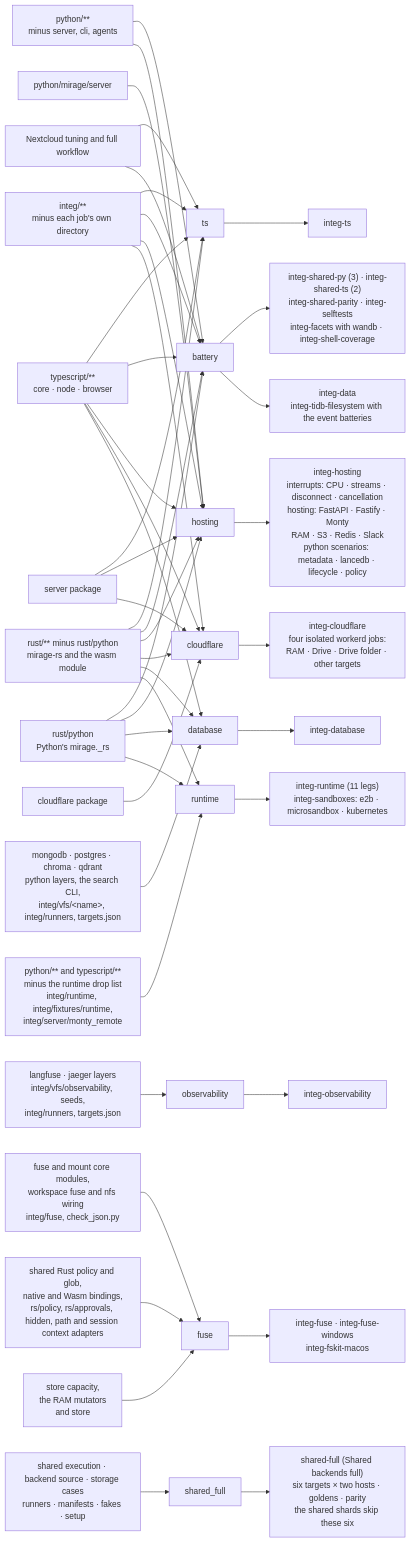
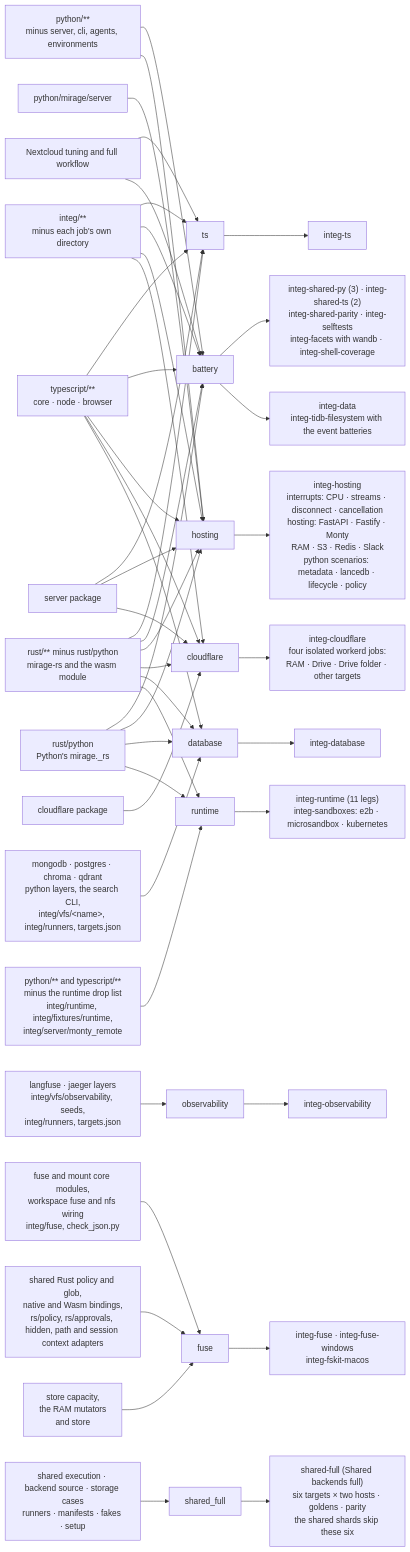
Before and after one commit to strukto-ai/mirage: the diagram in integ/README.md, drawn with Mermaid. The commit also changed other lines of this file and 22 other files, not shown here.

````diff
--- a/integ/README.md
+++ b/integ/README.md
@@ -442,28 +442,28 @@
 ```mermaid
 flowchart LR
-    PY["python/**<br/>minus server, cli, agents"] --> battery & hosting
+    PY["python/**<br/>minus server, cli, agents, environments"] --> battery & hosting
     SRV["python/mirage/server"] --> hosting
     TSX["typescript/**<br/>core · node · browser"] --> ts & battery & hosting & cloudflare & database
     SRVTS["server package"] --> ts & hosting & cloudflare
     CFP["cloudflare package"] --> cloudflare
     IN["integ/**<br/>minus each job's own directory"] --> ts & battery & hosting & cloudflare
     RS["rust/** minus rust/python<br/>mirage-rs and the wasm module"] --> ts & battery & hosting & cloudflare & database & runtime
     RSP["rust/python<br/>Python's mirage._rs"] --> battery & hosting & database & runtime
     DB["mongodb · postgres · chroma · qdrant<br/>python layers, the search CLI,<br/>integ/vfs/&lt;name&gt;, integ/runners, targets.json"] --> database
     OB["langfuse · jaeger layers<br/>integ/vfs/observability, seeds,<br/>integ/runners, targets.json"] --> observability
     FS["fuse and mount core modules,<br/>workspace fuse and nfs wiring<br/>integ/fuse, check_json.py"] --> fuse
     FP["shared Rust policy and glob,<br/>native and Wasm bindings,<br/>rs/policy, rs/approvals, hidden, path and session context adapters"] --> fuse
     CA["store capacity,<br/>the RAM mutators<br/>and store"] --> fuse
     RT["python/** and typescript/**<br/>minus the runtime drop list<br/>integ/runtime, integ/fixtures/runtime,<br/>integ/server/monty_remote"] --> runtime
     ts --> J2["integ-ts"]
     battery --> J3["integ-shared-py (3) · integ-shared-ts (2)<br/>integ-shared-parity · integ-selftests<br/>integ-facets with wandb · integ-shell-coverage"]
     hosting --> HOST["integ-hosting<br/>interrupts: CPU · streams · disconnect · cancellation<br/>hosting: FastAPI · Fastify · Monty<br/>RAM · S3 · Redis · Slack<br/>python scenarios: metadata · lancedb · lifecycle · policy"]
     cloudflare --> CLOUDFLARE["integ-cloudflare<br/>four isolated workerd jobs:<br/>RAM · Drive · Drive folder · other targets"]
     NC["Nextcloud tuning and full workflow"] --> ts & battery
     SF["shared execution · backend source · storage cases<br/>runners · manifests · fakes · setup"] --> shared_full --> FULL["shared-full (Shared backends full)<br/>six targets × two hosts · goldens · parity<br/>the shared shards skip these six"]
     battery --> J4["integ-data<br/>integ-tidb-filesystem with the event batteries"]
     database --> J5["integ-database"]
     observability --> J6["integ-observability"]
     fuse --> J7["integ-fuse · integ-fuse-windows<br/>integ-fskit-macos"]
     runtime --> J8["integ-runtime (11 legs)<br/>integ-sandboxes: e2b · microsandbox · kubernetes"]
 ```
````
